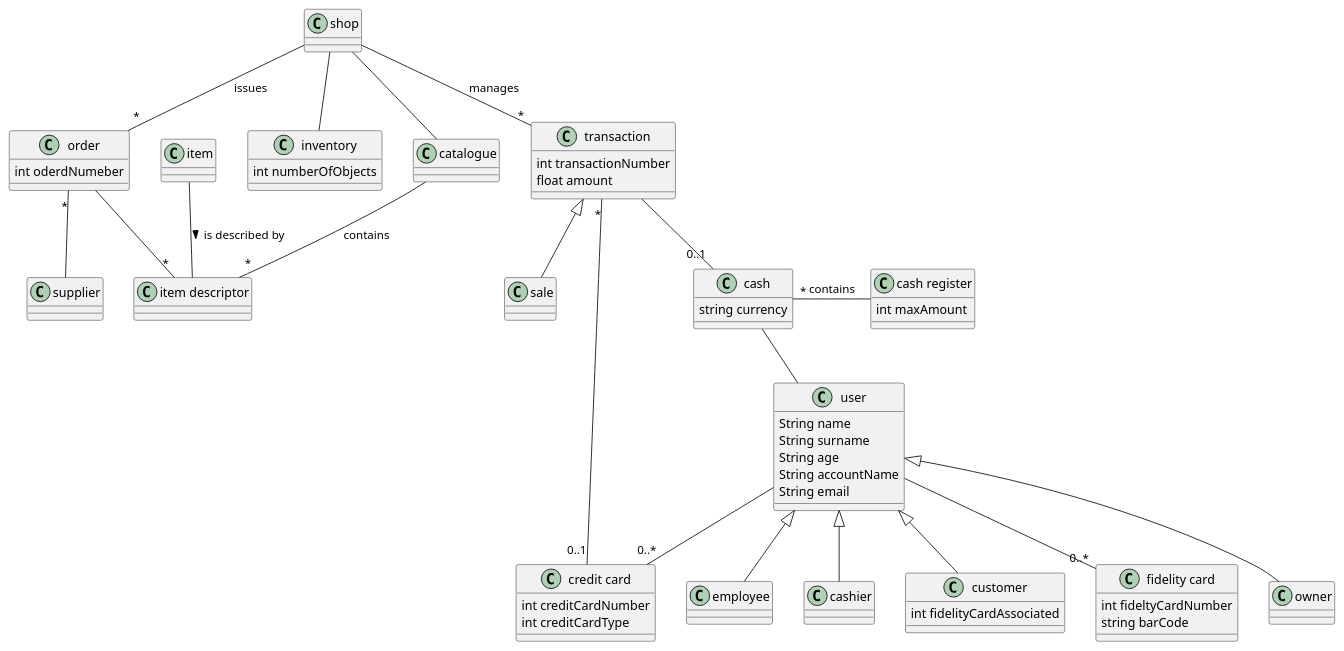
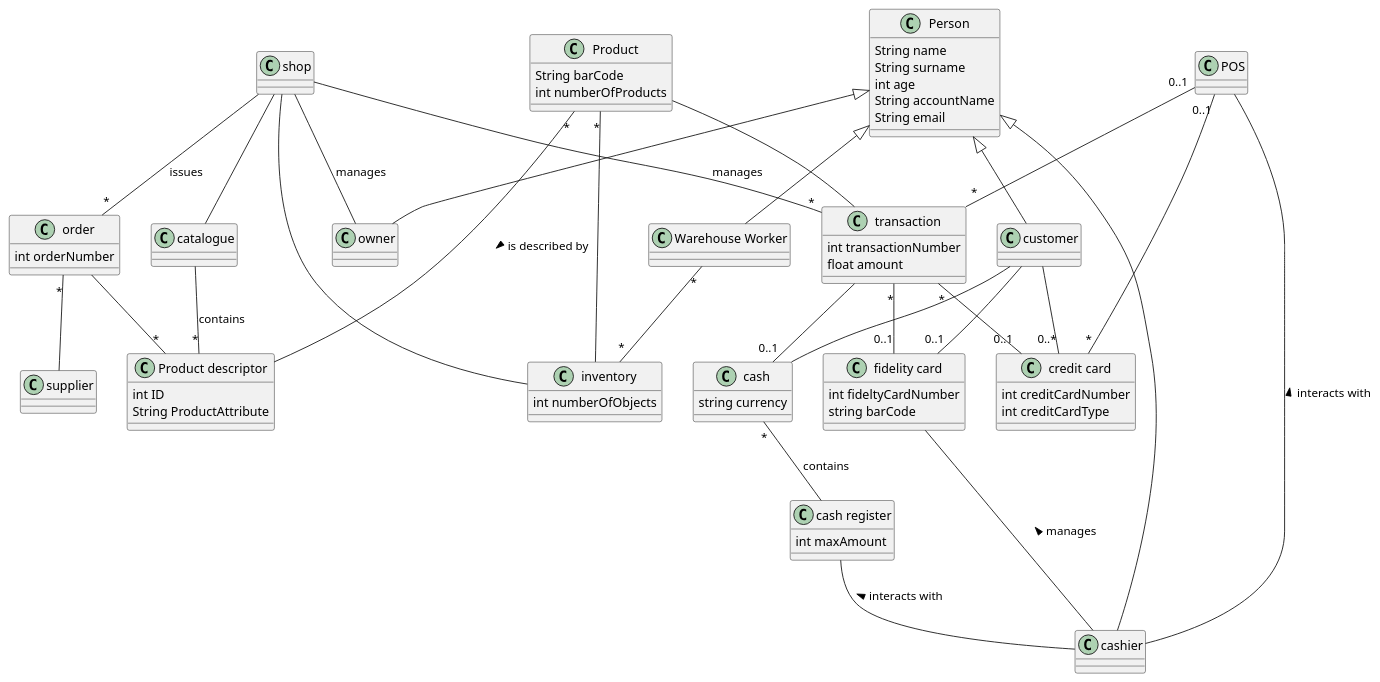
Before and after one commit to Ralls0/ezshop: the diagram in Deliverables/glossary.puml, drawn with PlantUML. The commit also changed 1 other file, not shown here.

```diff
--- a/Deliverables/glossary.puml
+++ b/Deliverables/glossary.puml
@@ -1,101 +1,116 @@
 @startuml
 class order {
-    int oderdNumeber
+    int orderNumber
 }
 
 class supplier {
 }
 
 class catalogue {
 }
 
 class shop {
 }
 
-class user {
+class Person {
     String name
     String surname
-    String age
+    int age
     String accountName
     String email
 }
 
 class owner {
 }
 
-class employee {
+class "Warehouse Worker" {
 }
 
 class cashier {
 }
 
 class customer {
-    int fidelityCardAssociated
 }
 
-class item {
-    
+class Product {
+    String barCode
+    int numberOfProducts
 }
 
-class "item descriptor" {
+class "Product descriptor" {
+    int ID
+    String ProductAttribute
 }
 
 class "cash register" {
     int maxAmount
-}
-
-class sale {
 }
 
 class inventory {
     int numberOfObjects
 }
 
 class transaction {
     int transactionNumber
     float amount
 }
 
 class "credit card" {
     int creditCardNumber
     int creditCardType
 }
 
 class cash {
     string currency
 }
 
 class "fidelity card" {
     int fideltyCardNumber
     string barCode
 }
 
+class POS {
+}
+
 shop -- inventory
 shop -- catalogue
 shop -- "*" order : issues
 shop -- "*" transaction : "manages"
+shop -- owner : manages 
 
-transaction <|-- sale
 
-catalogue -- "*" "item descriptor" : contains
+
+catalogue -- "*" "Product descriptor" : contains
 
 order "*" -- supplier
-order -- "*" "item descriptor"
+order -- "*" "Product descriptor"
 
-user <|-- owner
-user <|-- cashier
-user <|-- employee
-user <|-- customer
+Person <|-- owner
+Person <|-- cashier
+Person <|-- "Warehouse Worker"
+Person <|-- customer
 
 
-user -- "0..*" "fidelity card"
-user --up cash
-user -- "0..*" "credit card"
+customer -- "0..1" "fidelity card"
+customer -- cash
+customer -- "0..*" "credit card"
 
 transaction -- "0..1" cash
 transaction "*" -- "0..1" "credit card"
+transaction "*" -- "0..1" "fidelity card"
 
-cash "*" --right "cash register" : contains
+cash "*" -- "cash register" : contains
 
-item -- "item descriptor" : is described by >
+Product "*" -- "Product descriptor" : is described by >
+Product -- transaction
+Product "*" -- inventory
+
+"cash register" -- cashier : < interacts with
+"fidelity card" -- cashier : < manages
+
+"Warehouse Worker" "*" -- "*" inventory
+
+POS -- cashier : < interacts with
+POS "0..1" -- "*" "credit card"
+POS "0..1" -- "*" transaction 
 @enduml
```
